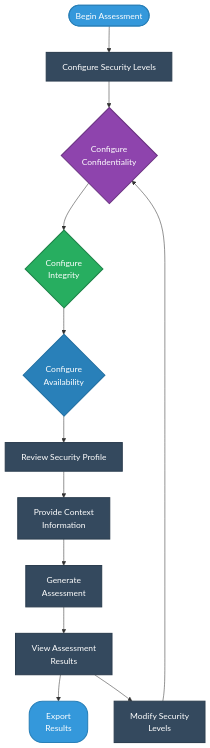
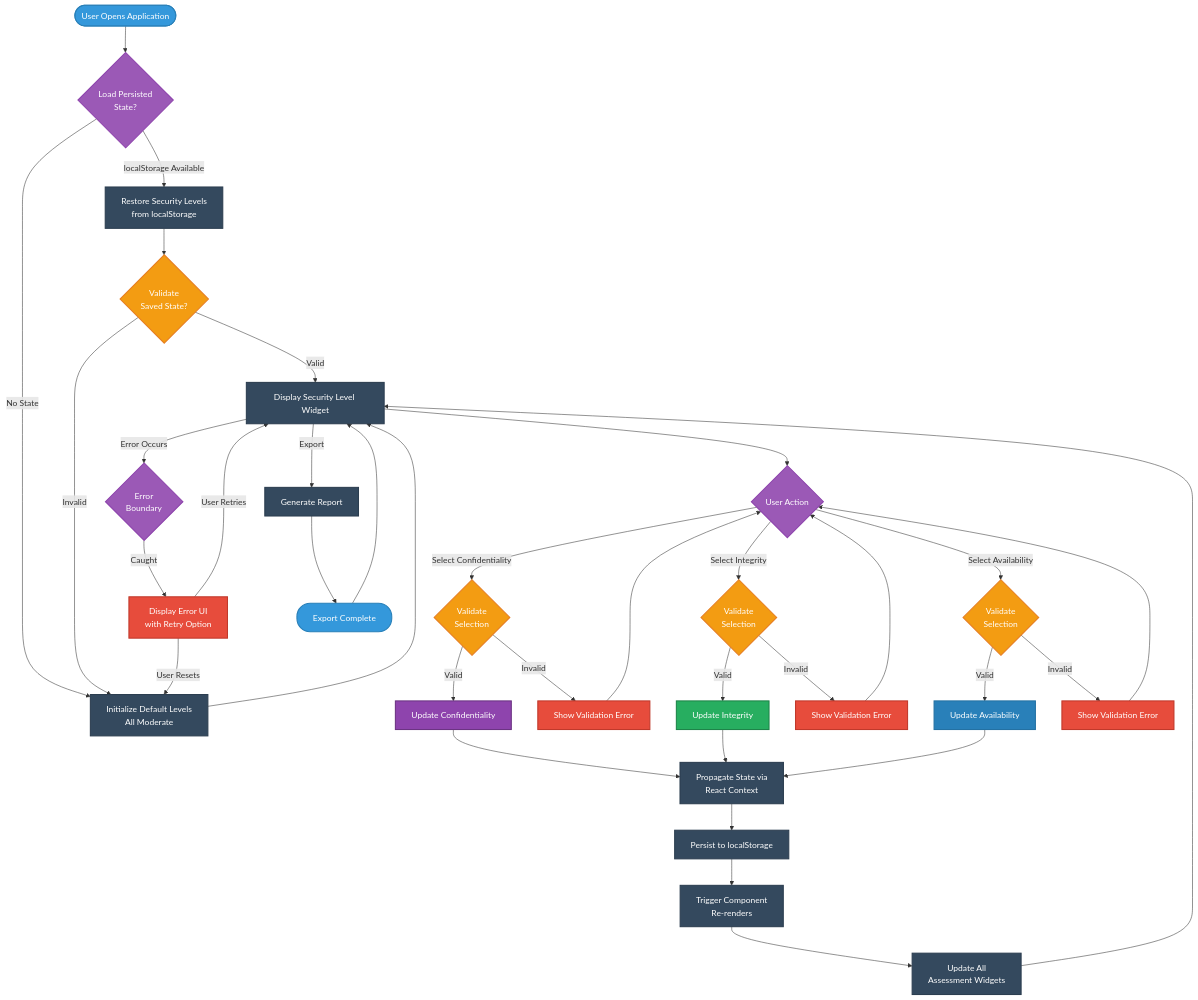
Before and after one commit to Hack23/cia-compliance-manager: the first of 13 diagrams in docs/architecture/FLOWCHART.md, drawn with Mermaid. The commit also changed other lines of this file, not shown here.

First line of the commit message:
docs: update FLOWCHART.md with v1.0 assessment workflows and processes (#716)

````diff
--- a/docs/architecture/FLOWCHART.md
+++ b/docs/architecture/FLOWCHART.md
@@ -21,28 +46,67 @@
 ```mermaid
 flowchart TD
-    Start([Begin Assessment]) --> SecurityLevel[Configure Security Levels]
-    SecurityLevel --> CA{Configure<br>Confidentiality}
-    CA --> I{Configure<br>Integrity}
-    I --> A{Configure<br>Availability}
-    A --> Review[Review Security Profile]
-    Review --> ProvideContext[Provide Context<br>Information]
-    ProvideContext --> GenerateAssessment[Generate<br>Assessment]
-    GenerateAssessment --> ViewResults[View Assessment<br>Results]
-    ViewResults --> Export[Export<br>Results]
-    ViewResults --> Modify[Modify Security<br>Levels]
-    Modify --> CA
+    Start([User Opens Application]) --> LoadState{Load Persisted<br>State?}
+    LoadState -->|localStorage Available| RestoreState[Restore Security Levels<br>from localStorage]
+    LoadState -->|No State| InitDefaults[Initialize Default Levels<br>All Moderate]
+    
+    RestoreState --> ValidateSaved{Validate<br>Saved State?}
+    ValidateSaved -->|Valid| DisplayWidget[Display Security Level Widget]
+    ValidateSaved -->|Invalid| InitDefaults
+    InitDefaults --> DisplayWidget
+    
+    DisplayWidget --> UserInteract{User Action}
+    
+    UserInteract -->|Select Confidentiality| ValidateC{Validate<br>Selection}
+    UserInteract -->|Select Integrity| ValidateI{Validate<br>Selection}
+    UserInteract -->|Select Availability| ValidateA{Validate<br>Selection}
+    
+    ValidateC -->|Valid| UpdateC[Update Confidentiality]
+    ValidateC -->|Invalid| ShowErrorC[Show Validation Error]
+    ShowErrorC --> UserInteract
+    
+    ValidateI -->|Valid| UpdateI[Update Integrity]
+    ValidateI -->|Invalid| ShowErrorI[Show Validation Error]
+    ShowErrorI --> UserInteract
+    
+    ValidateA -->|Valid| UpdateA[Update Availability]
+    ValidateA -->|Invalid| ShowErrorA[Show Validation Error]
+    ShowErrorA --> UserInteract
+    
+    UpdateC --> PropagateState[Propagate State via<br>React Context]
+    UpdateI --> PropagateState
+    UpdateA --> PropagateState
+    
+    PropagateState --> PersistState[Persist to localStorage]
+    PersistState --> TriggerRerender[Trigger Component<br>Re-renders]
+    TriggerRerender --> UpdateWidgets[Update All<br>Assessment Widgets]
+    UpdateWidgets --> DisplayWidget
+    
+    DisplayWidget -->|Export| GenerateExport[Generate Report]
+    GenerateExport --> ExportComplete[Export Complete]
+    ExportComplete --> DisplayWidget
+    
+    DisplayWidget -->|Error Occurs| ErrorBoundary{Error<br>Boundary}
+    ErrorBoundary -->|Caught| ShowErrorUI[Display Error UI<br>with Retry Option]
+    ShowErrorUI -->|User Retries| DisplayWidget
+    ShowErrorUI -->|User Resets| InitDefaults
     
     %% Apply styles using class definitions
     classDef startend fill:#3498db,stroke:#2980b9,stroke-width:2px,color:white,rx:25
     classDef process fill:#34495e,stroke:#2c3e50,stroke-width:2px,color:white
     classDef decision fill:#9b59b6,stroke:#8e44ad,stroke-width:2px,color:white
+    classDef validation fill:#f39c12,stroke:#e67e22,stroke-width:2px,color:white
+    classDef error fill:#e74c3c,stroke:#c0392b,stroke-width:2px,color:white
+    classDef success fill:#27ae60,stroke:#1e8449,stroke-width:2px,color:white
     classDef confidentiality fill:#8e44ad,stroke:#6c3483,stroke-width:2px,color:white
     classDef integrity fill:#27ae60,stroke:#1e8449,stroke-width:2px,color:white
     classDef availability fill:#2980b9,stroke:#2471a3,stroke-width:2px,color:white
     
-    class Start,Export startend
-    class SecurityLevel,Review,ProvideContext,GenerateAssessment,ViewResults,Modify process
-    class CA confidentiality
-    class I integrity
-    class A availability
+    class Start,ExportComplete startend
+    class DisplayWidget,RestoreState,InitDefaults,PropagateState,PersistState,TriggerRerender,UpdateWidgets,GenerateExport process
+    class LoadState,UserInteract,ErrorBoundary decision
+    class ValidateC,ValidateI,ValidateA,ValidateSaved validation
+    class ShowErrorC,ShowErrorI,ShowErrorA,ShowErrorUI error
+    class UpdateC confidentiality
+    class UpdateI integrity
+    class UpdateA availability
 ```
````
